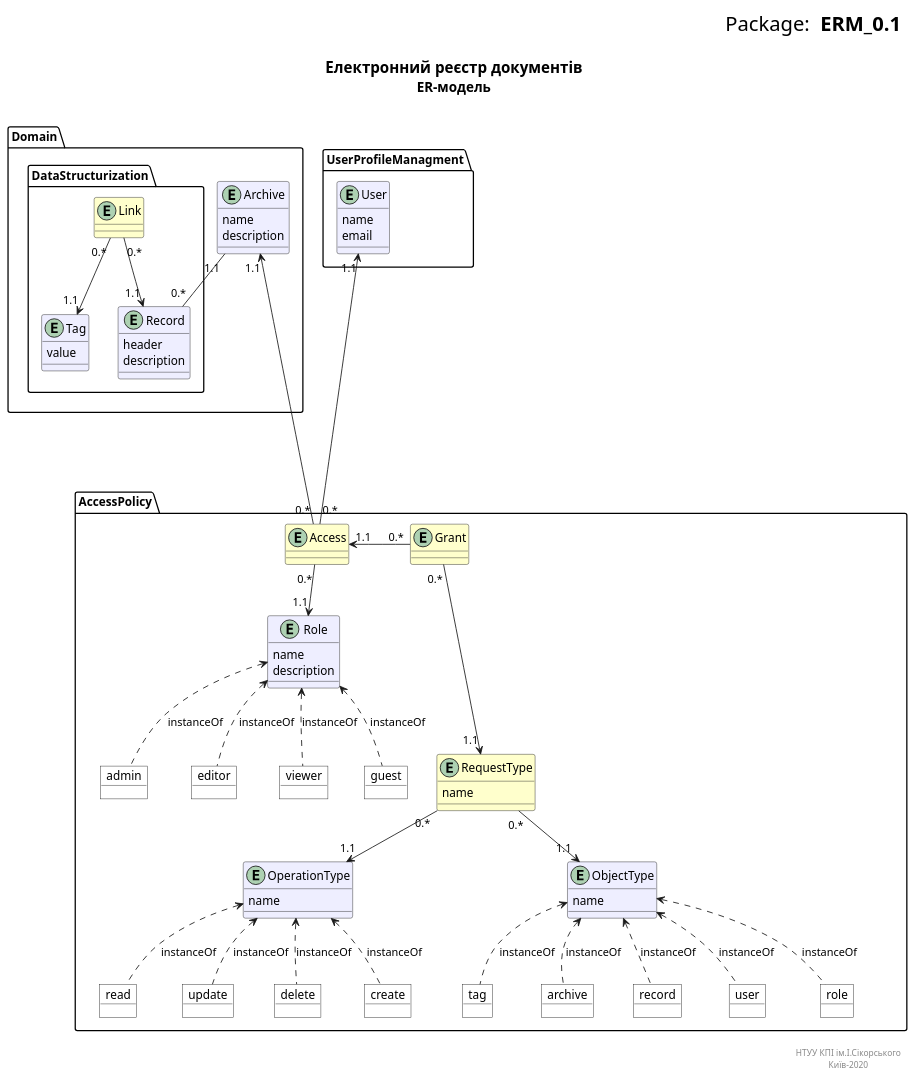
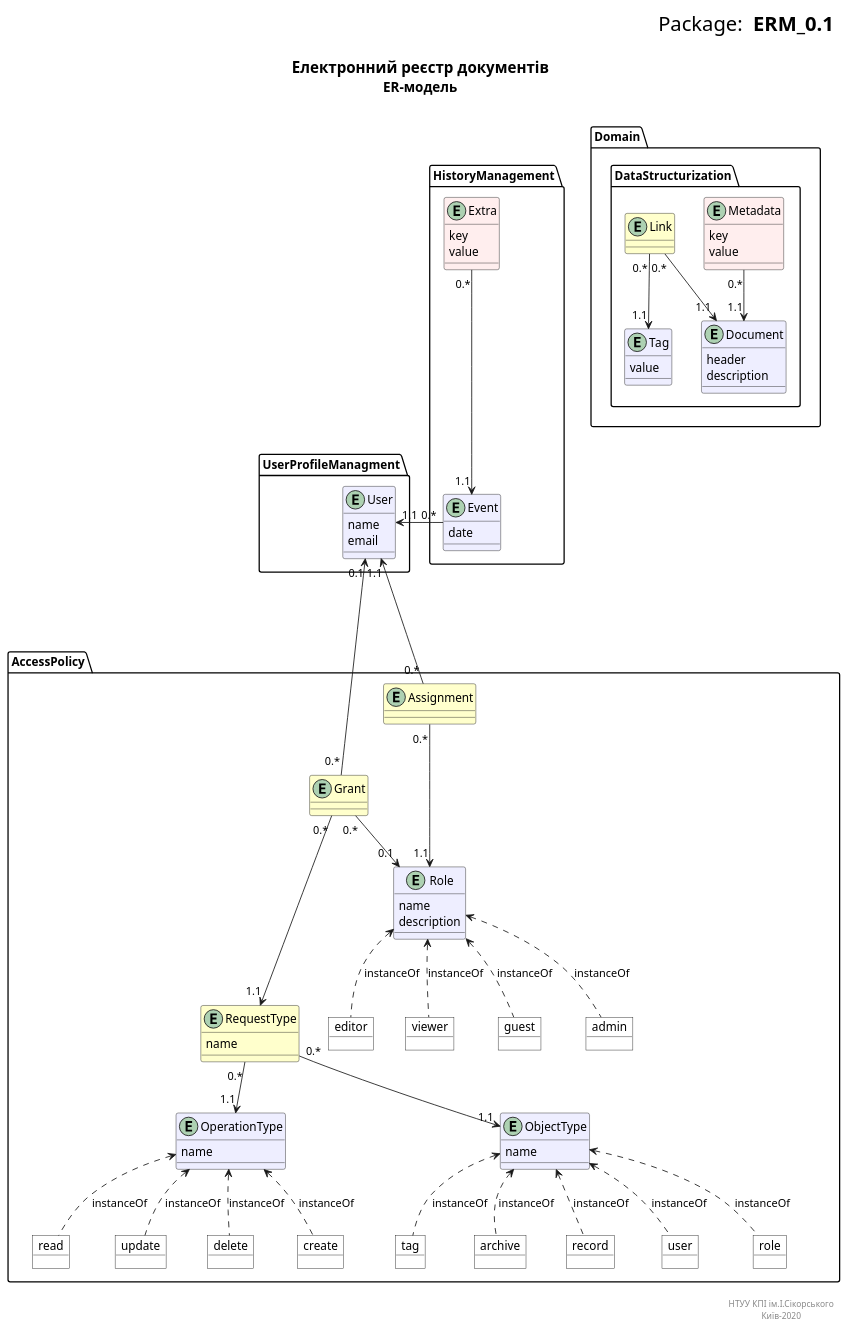
Before and after one commit to G1gg1L3s/ERD: the diagram in files/chart/erm/ERM_0.1.puml, drawn with PlantUML.

```diff
--- a/files/chart/erm/ERM_0.1.puml
+++ b/files/chart/erm/ERM_0.1.puml
@@ -1,120 +1,135 @@
 @startuml
 right header
 <font size=24 color=black>Package: <b> ERM_0.1
 
 end header
 
 title
 <font size=18 color=black> Електронний реєстр документів
 <font size=16 color=black> ER-модель
 
 end title
 
 package Domain {
 	
-	entity Archive #eeeeff {
-		name
-		description
-	}
-	
 	package DataStructurization {
-		entity Record #eeeeff {
+		entity Document #eeeeff {
 			header
 			description
 		}
+		
+		entity Metadata #ffeeee {
+                        key
+                        value
+                }
 
 		entity Tag #eeeeff {
 			value
 		}
 	
 		entity Link #ffffcc
 	
 	}
 }
 
 
 package AccessPolicy {
 	
 	entity Role #eeeeff {
 		name
 		description
 	}
 
-	entity Access #ffffcc
+	entity Assignment #ffffcc
 	
 	entity OperationType #eeeeff {
 		name
 	}
 	
 	entity ObjectType #eeeeff {
 		name
 	}
 	
 	entity RequestType #ffffcc {
 		name
 	}
 	
 	entity Grant #ffffcc
 	
 	object archive #ffffff
 	object record #ffffff
 	object user #ffffff
 	object role #ffffff
 	object tag #ffffff
 	
 	
 	object create #ffffff
 	object read #ffffff
 	object update #ffffff
 	object delete #ffffff
 	
 	object admin #ffffff
 	object editor #ffffff
 	object viewer #ffffff
 	object guest #ffffff
 }
 
 package UserProfileManagment {
 	entity User #eeeeff {
 		name
 		email
 	}
 }
 
-Access "0.*" ---u-> "1.1" User
-Access "0.*" --> "1.1" Role
-Access "0.*" ---u-> "1.1" Archive
 
-Link "0.*" --> "1.1" Record
+package HistoryManagement {
+        entity Event #eeeeff {
+                date
+        }
+        entity Extra #ffeeee {
+                key
+                value
+        }
+}
+
+Link "0.*" --> "1.1" Document
 Link "0.*" --> "1.1" Tag
 
-Archive "1.1" -- "0.*" Record
+Metadata "0.*" --> "1.1" Document
+
+Assignment "0.*" ---> "1.1" User
+Assignment "0.*" ---> "1.1" Role
 
 RequestType "0.*" --> "1.1" OperationType
 RequestType "0.*" --> "1.1" ObjectType
 
-Grant "0.*" --l--> "1.1" Access
+Grant "0.*" ---u-> "0.1" User
+Grant "0.*" --> "0.1" Role
 Grant "0.*" ---> "1.1" RequestType
+
+Event "0.*" -l---> "1.1" User
+
+Extra "0.*" ---> "1.1" Event
 
 ObjectType <.. archive : instanceOf
 ObjectType <.. record : instanceOf
 ObjectType <.. user : instanceOf
 ObjectType <.. role : instanceOf
 ObjectType <.. tag : instanceOf
 
 OperationType <.. create : instanceOf
 OperationType <.. read : instanceOf
 OperationType <.. update : instanceOf
 OperationType <.. delete : instanceOf
 
 Role <.. admin : instanceOf
 Role <.. editor : instanceOf
 Role <.. viewer : instanceOf
 Role <.. guest : instanceOf
 
 right footer
 
 НТУУ КПІ ім.І.Сікорського
 Київ-2020
 end footer
 @enduml
```
